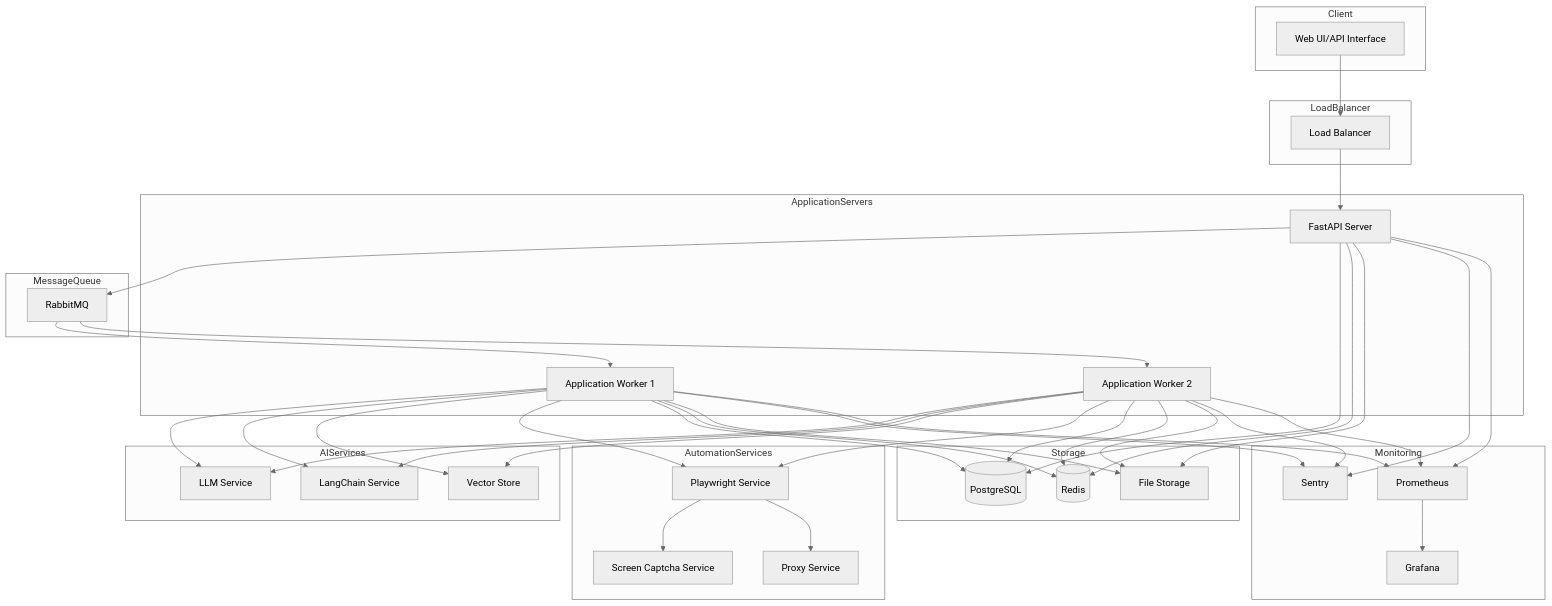
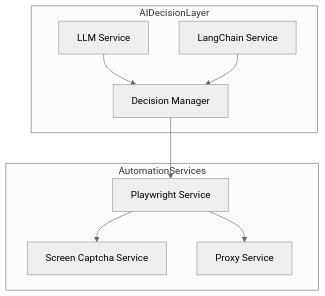
Before and after one commit to gouthamreddykallem/job_applier_backend: the first of 3 diagrams in README.md, drawn with Mermaid (neutral theme). The commit also changed other lines of this file and 14 other files, not shown here.

````diff
--- a/README.md
+++ b/README.md
@@ -8,62 +10,20 @@
 ```mermaid
 graph TB
-    subgraph Client
-        UI[Web UI/API Interface]
-    end
-
-    subgraph LoadBalancer
-        LB[Load Balancer]
-    end
-
-    subgraph ApplicationServers
-        API[FastAPI Server]
-        Worker1[Application Worker 1]
-        Worker2[Application Worker 2]
-    end
-
-    subgraph MessageQueue
-        RMQ[RabbitMQ]
-    end
-
-    subgraph AIServices
+    subgraph AIDecisionLayer
         LLM[LLM Service]
         LC[LangChain Service]
-        VS[Vector Store]
+        DM[Decision Manager]
     end
 
     subgraph AutomationServices
         PW[Playwright Service]
         SC[Screen Captcha Service]
         PS[Proxy Service]
     end
 
-    subgraph Storage
-        DB[(PostgreSQL)]
-        Cache[(Redis)]
-        FS[File Storage]
-    end
-
-    subgraph Monitoring
-        Sentry
-        Grafana
-        Prometheus
-    end
-
-    UI --> LB
-    LB --> API
-    API --> RMQ
-    RMQ --> Worker1
-    RMQ --> Worker2
-    Worker1 & Worker2 --> LLM
-    Worker1 & Worker2 --> LC
-    Worker1 & Worker2 --> VS
-    Worker1 & Worker2 --> PW
+    DM --> PW
+    LLM --> DM
+    LC --> DM
     PW --> SC
     PW --> PS
-    API & Worker1 & Worker2 --> DB
-    API & Worker1 & Worker2 --> Cache
-    API & Worker1 & Worker2 --> FS
-    API & Worker1 & Worker2 --> Sentry
-    Prometheus --> Grafana
-    API & Worker1 & Worker2 --> Prometheus
 ```
````
